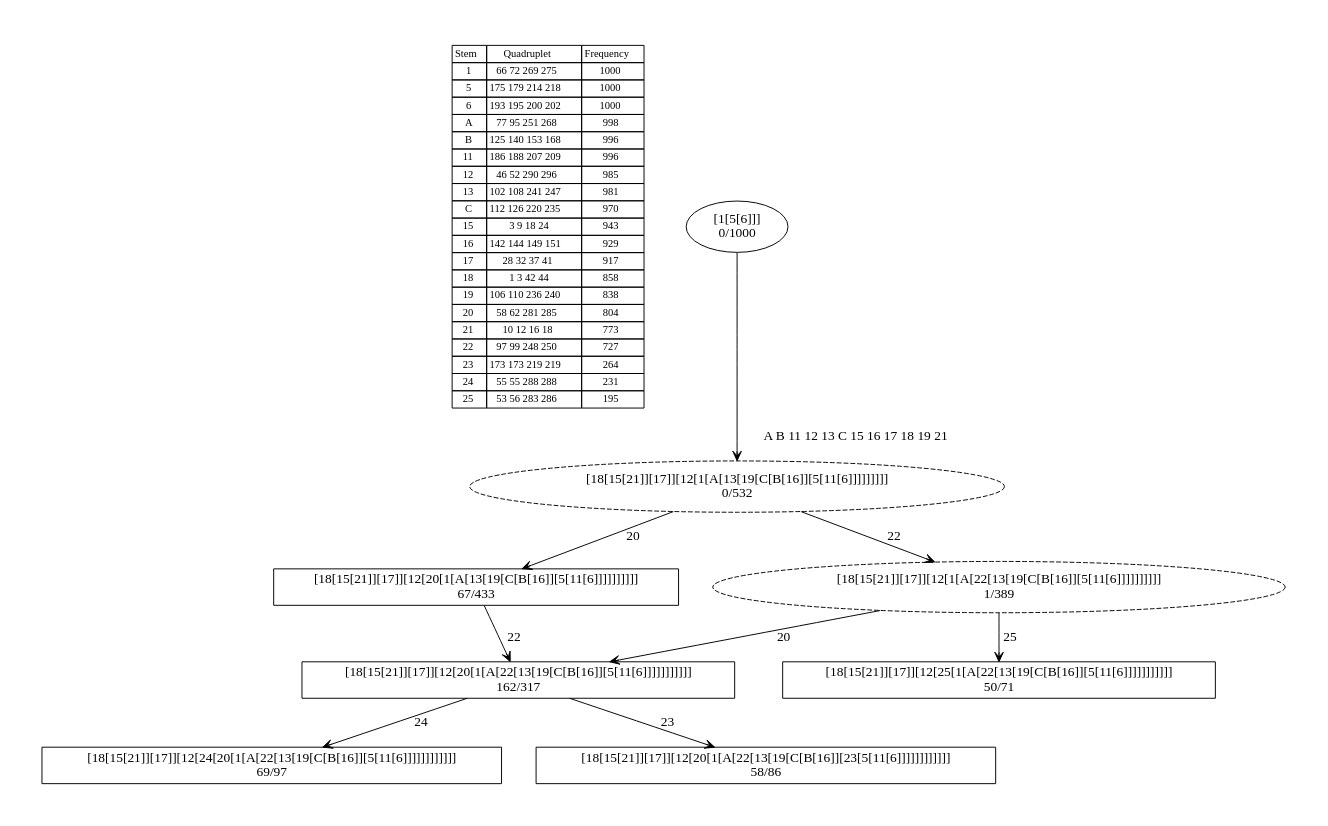
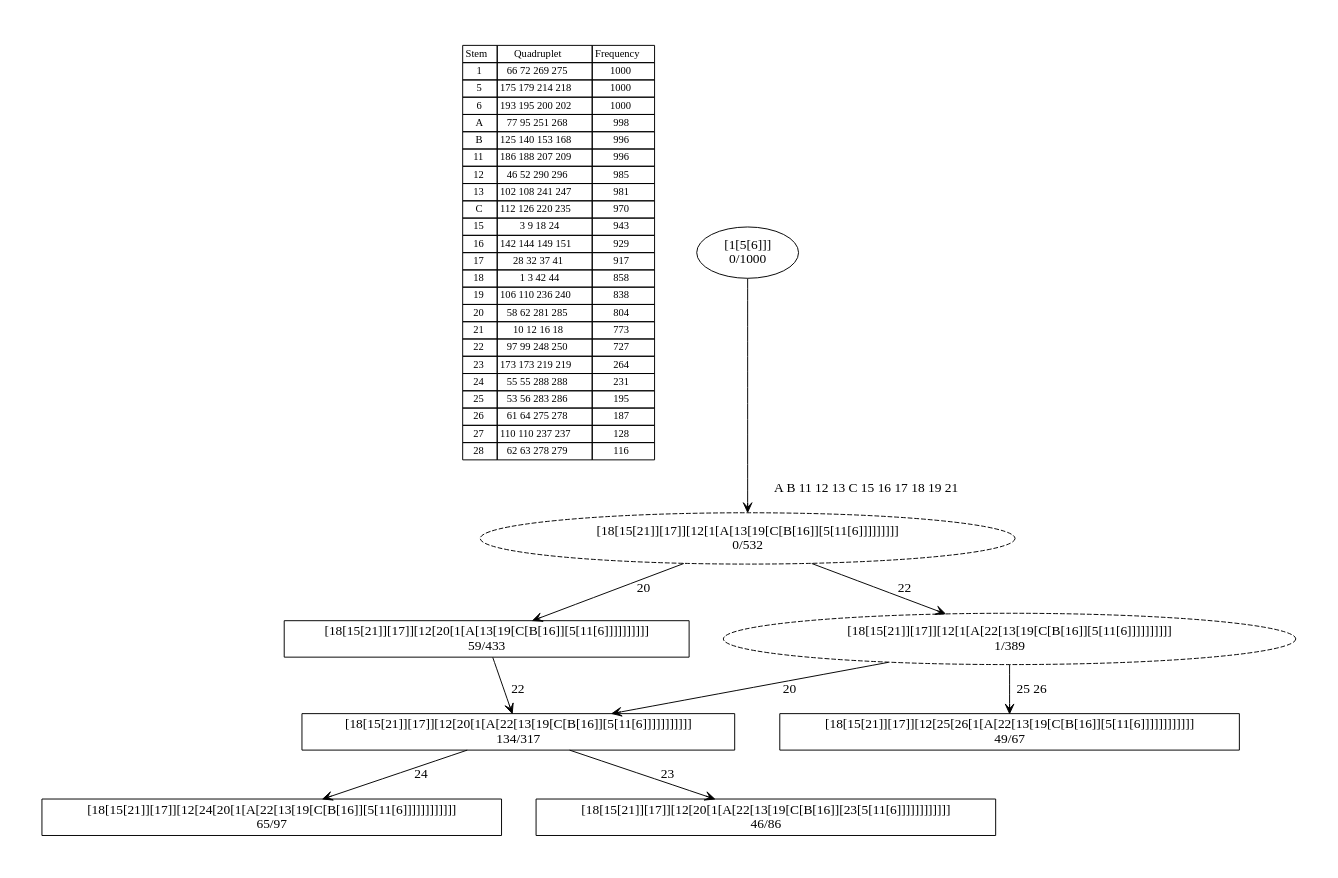
One commit to gtDMMB/RNAStructProfiling_v2 changed the diagram in output/training/Metazoa_SRP/N.vectensis.1_sfold/out_consolidated.dot. Above: the diagram before and after it, drawn with Graphviz. The commit also changed 392 other files, not shown here.

```diff
--- a/output/training/Metazoa_SRP/N.vectensis.1_sfold/out_consolidated.dot
+++ b/output/training/Metazoa_SRP/N.vectensis.1_sfold/out_consolidated.dot
@@ -1,49 +1,52 @@
 digraph G {
 	pad = 0.5;
 	nodesep = 0.5;
 "legend" [label = < <table border="0" cellborder="1" cellspacing="0"><tr><td>Stem</td><td>Quadruplet</td><td>Frequency</td></tr>
 <tr><td>1</td><td>66 72 269 275</td><td>1000</td></tr>
 <tr><td>5</td><td>175 179 214 218</td><td>1000</td></tr>
 <tr><td>6</td><td>193 195 200 202</td><td>1000</td></tr>
 <tr><td>A</td><td>77 95 251 268</td><td>998</td></tr>
 <tr><td>B</td><td>125 140 153 168</td><td>996</td></tr>
 <tr><td>11</td><td>186 188 207 209</td><td>996</td></tr>
 <tr><td>12</td><td>46 52 290 296</td><td>985</td></tr>
 <tr><td>13</td><td>102 108 241 247</td><td>981</td></tr>
 <tr><td>C</td><td>112 126 220 235</td><td>970</td></tr>
 <tr><td>15</td><td>3 9 18 24</td><td>943</td></tr>
 <tr><td>16</td><td>142 144 149 151</td><td>929</td></tr>
 <tr><td>17</td><td>28 32 37 41</td><td>917</td></tr>
 <tr><td>18</td><td>1 3 42 44</td><td>858</td></tr>
 <tr><td>19</td><td>106 110 236 240</td><td>838</td></tr>
 <tr><td>20</td><td>58 62 281 285</td><td>804</td></tr>
 <tr><td>21</td><td>10 12 16 18</td><td>773</td></tr>
 <tr><td>22</td><td>97 99 248 250</td><td>727</td></tr>
 <tr><td>23</td><td>173 173 219 219</td><td>264</td></tr>
 <tr><td>24</td><td>55 55 288 288</td><td>231</td></tr>
 <tr><td>25</td><td>53 56 283 286</td><td>195</td></tr>
+<tr><td>26</td><td>61 64 275 278</td><td>187</td></tr>
+<tr><td>27</td><td>110 110 237 237</td><td>128</td></tr>
+<tr><td>28</td><td>62 63 278 279</td><td>116</td></tr>
 </table>>, shape = plaintext, fontsize=11];
 "1 5 6 A B 11 12 13 C 15 16 17 18 19 20 21 22 " [shape = box];
 "1 5 6 A B 11 12 13 C 15 16 17 18 19 20 21 22 24 " [shape = box];
 "1 5 6 A B 11 12 13 C 15 16 17 18 19 20 21 " [shape = box];
+"1 5 6 A B 11 12 13 C 15 16 17 18 19 21 22 25 26 " [shape = box];
 "1 5 6 A B 11 12 13 C 15 16 17 18 19 20 21 22 23 " [shape = box];
-"1 5 6 A B 11 12 13 C 15 16 17 18 19 21 22 25 " [shape = box];
 "1 5 6 A B 11 12 13 C 15 16 17 18 19 21 22 " [style = dashed];
 "1 5 6 A B 11 12 13 C 15 16 17 18 19 21 " [style = dashed];
-"1 5 6 A B 11 12 13 C 15 16 17 18 19 20 21 22 " [label = "[18[15[21]][17]][12[20[1[A[22[13[19[C[B[16]][5[11[6]]]]]]]]]]]\n162/317"];
-"1 5 6 A B 11 12 13 C 15 16 17 18 19 20 21 22 24 " [label = "[18[15[21]][17]][12[24[20[1[A[22[13[19[C[B[16]][5[11[6]]]]]]]]]]]]\n69/97"];
-"1 5 6 A B 11 12 13 C 15 16 17 18 19 20 21 " [label = "[18[15[21]][17]][12[20[1[A[13[19[C[B[16]][5[11[6]]]]]]]]]]\n67/433"];
-"1 5 6 A B 11 12 13 C 15 16 17 18 19 20 21 22 23 " [label = "[18[15[21]][17]][12[20[1[A[22[13[19[C[B[16]][23[5[11[6]]]]]]]]]]]]\n58/86"];
-"1 5 6 A B 11 12 13 C 15 16 17 18 19 21 22 25 " [label = "[18[15[21]][17]][12[25[1[A[22[13[19[C[B[16]][5[11[6]]]]]]]]]]]\n50/71"];
+"1 5 6 A B 11 12 13 C 15 16 17 18 19 20 21 22 " [label = "[18[15[21]][17]][12[20[1[A[22[13[19[C[B[16]][5[11[6]]]]]]]]]]]\n134/317"];
+"1 5 6 A B 11 12 13 C 15 16 17 18 19 20 21 22 24 " [label = "[18[15[21]][17]][12[24[20[1[A[22[13[19[C[B[16]][5[11[6]]]]]]]]]]]]\n65/97"];
+"1 5 6 A B 11 12 13 C 15 16 17 18 19 20 21 " [label = "[18[15[21]][17]][12[20[1[A[13[19[C[B[16]][5[11[6]]]]]]]]]]\n59/433"];
+"1 5 6 A B 11 12 13 C 15 16 17 18 19 21 22 25 26 " [label = "[18[15[21]][17]][12[25[26[1[A[22[13[19[C[B[16]][5[11[6]]]]]]]]]]]]\n49/67"];
+"1 5 6 A B 11 12 13 C 15 16 17 18 19 20 21 22 23 " [label = "[18[15[21]][17]][12[20[1[A[22[13[19[C[B[16]][23[5[11[6]]]]]]]]]]]]\n46/86"];
 "1 5 6 A B 11 12 13 C 15 16 17 18 19 21 22 " [label = "[18[15[21]][17]][12[1[A[22[13[19[C[B[16]][5[11[6]]]]]]]]]]\n1/389"];
 "1 5 6 A B 11 12 13 C 15 16 17 18 19 21 " [label = "[18[15[21]][17]][12[1[A[13[19[C[B[16]][5[11[6]]]]]]]]]\n0/532"];
 "1 5 6 " [label = "[1[5[6]]]\n0/1000"];
 "1 5 6 A B 11 12 13 C 15 16 17 18 19 20 21 22 " -> "1 5 6 A B 11 12 13 C 15 16 17 18 19 20 21 22 24 " [label = "24 ", arrowhead = vee];
 "1 5 6 A B 11 12 13 C 15 16 17 18 19 20 21 22 " -> "1 5 6 A B 11 12 13 C 15 16 17 18 19 20 21 22 23 " [label = "23 ", arrowhead = vee];
 "1 5 6 A B 11 12 13 C 15 16 17 18 19 20 21 " -> "1 5 6 A B 11 12 13 C 15 16 17 18 19 20 21 22 " [label = "22 ", arrowhead = vee];
 "1 5 6 A B 11 12 13 C 15 16 17 18 19 21 22 " -> "1 5 6 A B 11 12 13 C 15 16 17 18 19 20 21 22 " [label = "20 ", arrowhead = vee];
-"1 5 6 A B 11 12 13 C 15 16 17 18 19 21 22 " -> "1 5 6 A B 11 12 13 C 15 16 17 18 19 21 22 25 " [label = "25 ", arrowhead = vee];
+"1 5 6 A B 11 12 13 C 15 16 17 18 19 21 22 " -> "1 5 6 A B 11 12 13 C 15 16 17 18 19 21 22 25 26 " [label = "25 26 ", arrowhead = vee];
 "1 5 6 A B 11 12 13 C 15 16 17 18 19 21 " -> "1 5 6 A B 11 12 13 C 15 16 17 18 19 20 21 " [label = "20 ", arrowhead = vee];
 "1 5 6 A B 11 12 13 C 15 16 17 18 19 21 " -> "1 5 6 A B 11 12 13 C 15 16 17 18 19 21 22 " [label = "22 ", arrowhead = vee];
 "1 5 6 " -> "1 5 6 A B 11 12 13 C 15 16 17 18 19 21 " [label = "A B 11 12 13 C 15 16 17 18 19 21 ", arrowhead = vee];
 }
```
